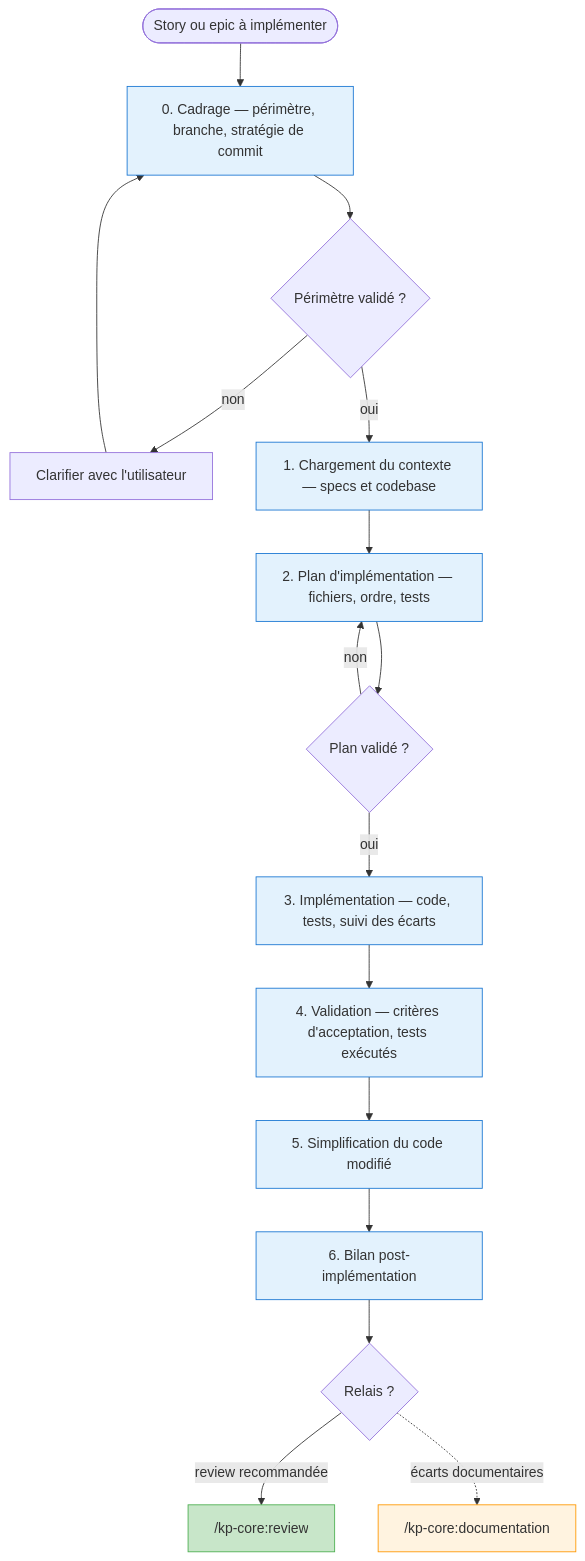
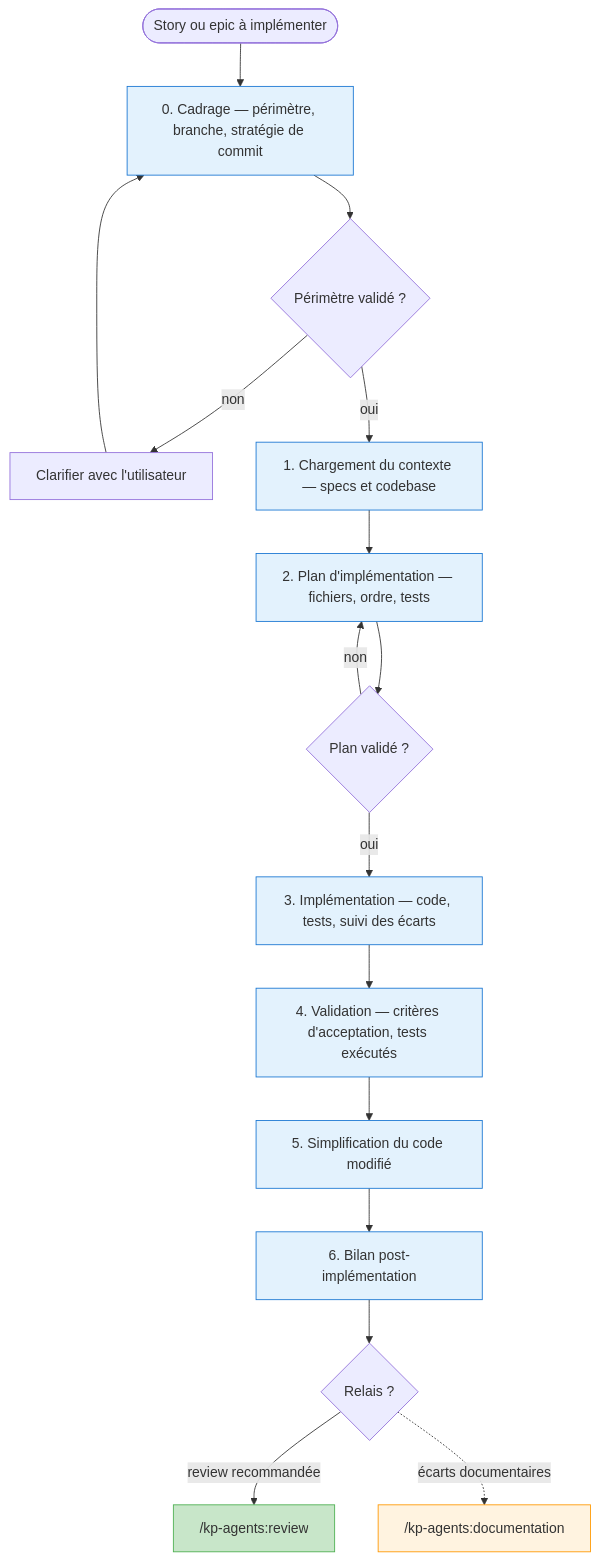
The fifth of 8 diagrams in docs/agents.md (KeyProd/kp-agents), drawn with Mermaid before and after one commit. The commit also changed other lines of this file and 22 other files, not shown here.

First line of the commit message:
feat(S-0003): release kp-agents-v0.1.0 (rename kp-core -> kp-agents + bump)

````diff
--- a/docs/agents.md
+++ b/docs/agents.md
@@ -213,44 +213,44 @@
 ```mermaid
 flowchart TD
     START([Story ou epic à implémenter]) --> CADRAGE
 
     CADRAGE[0. Cadrage — périmètre, branche, stratégie de commit]
     CADRAGE --> STOP_C{Périmètre validé ?}
     STOP_C -->|non| ASK[Clarifier avec l'utilisateur]
     ASK --> CADRAGE
     STOP_C -->|oui| CTX
 
     CTX[1. Chargement du contexte — specs et codebase]
     CTX --> PLAN
 
     PLAN[2. Plan d'implémentation — fichiers, ordre, tests]
     PLAN --> STOP_P{Plan validé ?}
     STOP_P -->|non| PLAN
     STOP_P -->|oui| IMPL
 
     IMPL[3. Implémentation — code, tests, suivi des écarts]
     IMPL --> VALID
 
     VALID[4. Validation — critères d'acceptation, tests exécutés]
     VALID --> SIMPLIFY
 
     SIMPLIFY[5. Simplification du code modifié]
     SIMPLIFY --> BILAN
 
     BILAN[6. Bilan post-implémentation]
     BILAN --> OUT
 
     OUT{Relais ?}
-    OUT -->|review recommandée| REVIEW["/kp-core:review"]
-    OUT -.->|écarts documentaires| DOC["/kp-core:documentation"]
+    OUT -->|review recommandée| REVIEW["/kp-agents:review"]
+    OUT -.->|écarts documentaires| DOC["/kp-agents:documentation"]
 
     style CADRAGE fill:#e3f2fd,stroke:#1976D2
     style CTX fill:#e3f2fd,stroke:#1976D2
     style PLAN fill:#e3f2fd,stroke:#1976D2
     style IMPL fill:#e3f2fd,stroke:#1976D2
     style VALID fill:#e3f2fd,stroke:#1976D2
     style SIMPLIFY fill:#e3f2fd,stroke:#1976D2
     style BILAN fill:#e3f2fd,stroke:#1976D2
     style REVIEW fill:#c8e6c9,stroke:#4CAF50
     style DOC fill:#fff3e0,stroke:#FF9800
 ```
````
